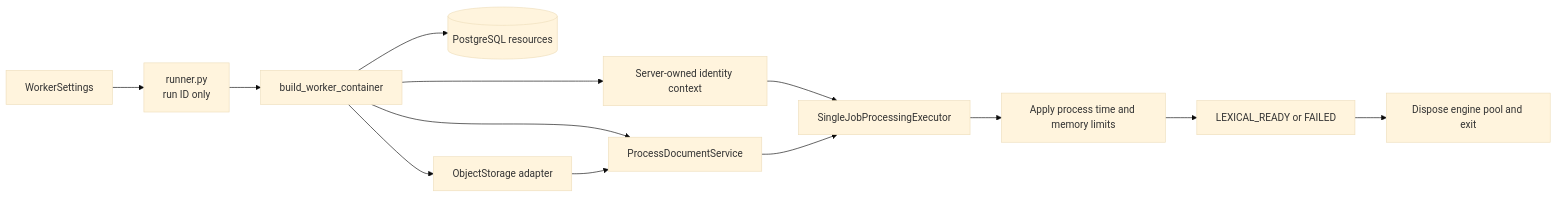
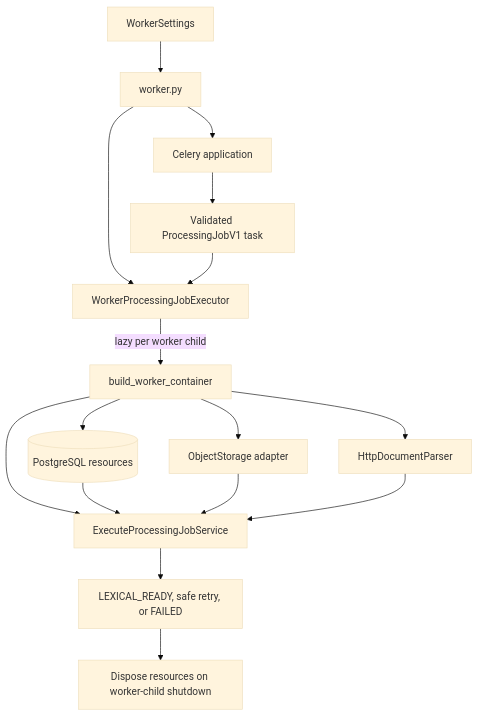
Before and after one commit to rnkraus/investment-research: the second of 2 diagrams in backend/src/investment_research/README.md, drawn with Mermaid (base theme). The commit also changed other lines of this file and 20 other files, not shown here.

````diff
--- a/backend/src/investment_research/README.md
+++ b/backend/src/investment_research/README.md
@@ -69,15 +70,18 @@
 ```mermaid
-flowchart LR
-    SETTINGS[WorkerSettings] --> CLI[runner.py<br/>run ID only]
-    CLI --> BOOT[build_worker_container]
-    BOOT --> ID[Server-owned identity context]
+flowchart TD
+    SETTINGS[WorkerSettings] --> ENTRY[worker.py]
+    ENTRY --> CELERY[Celery application]
+    ENTRY --> EXECUTOR[WorkerProcessingJobExecutor]
+    CELERY --> TASK[Validated ProcessingJobV1 task]
+    TASK --> EXECUTOR
+    EXECUTOR -->|lazy per worker child| BOOT[build_worker_container]
     BOOT --> DB[(PostgreSQL resources)]
     BOOT --> STORAGE[ObjectStorage adapter]
-    BOOT --> SERVICE[ProcessDocumentService]
+    BOOT --> PARSER[HttpDocumentParser]
+    BOOT --> SERVICE[ExecuteProcessingJobService]
+    DB --> SERVICE
     STORAGE --> SERVICE
-    ID --> EXECUTE[SingleJobProcessingExecutor]
-    SERVICE --> EXECUTE
-    EXECUTE --> LIMITS[Apply process time and memory limits]
-    LIMITS --> TERMINAL[LEXICAL_READY or FAILED]
-    TERMINAL --> CLOSE[Dispose engine pool and exit]
+    PARSER --> SERVICE
+    SERVICE --> TERMINAL[LEXICAL_READY, safe retry, or FAILED]
+    TERMINAL --> CLOSE[Dispose resources on worker-child shutdown]
 ```
````
